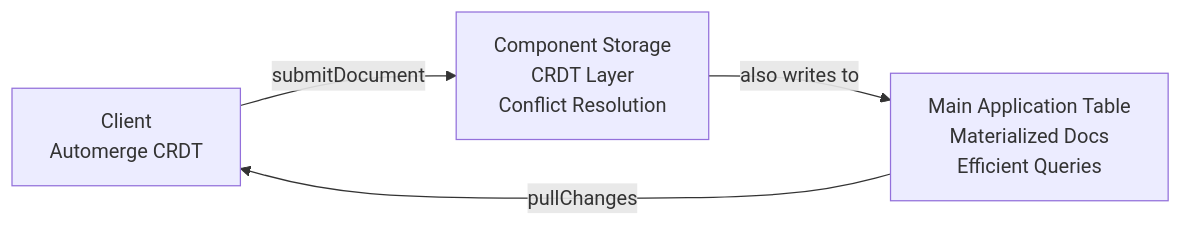
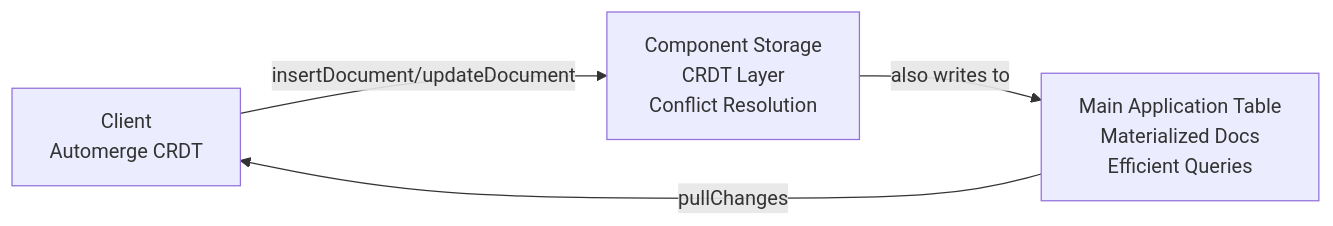
The third of 3 diagrams in README.md (trestleinc/convex-replicate), drawn with Mermaid before and after one commit. The commit also changed other lines of this file, not shown here.

First line of the commit message:
Update README.md to reflect CRDT bytes API and current architecture

````diff
--- a/README.md
+++ b/README.md
@@ -77,10 +77,10 @@
 ```mermaid
 graph LR
     Client[Client<br/>Automerge CRDT]
     Component[Component Storage<br/>CRDT Layer<br/>Conflict Resolution]
     MainTable[Main Application Table<br/>Materialized Docs<br/>Efficient Queries]
 
-    Client -->|submitDocument| Component
+    Client -->|insertDocument/updateDocument| Component
     Component -->|also writes to| MainTable
     MainTable -->|pullChanges| Client
 ```
````
